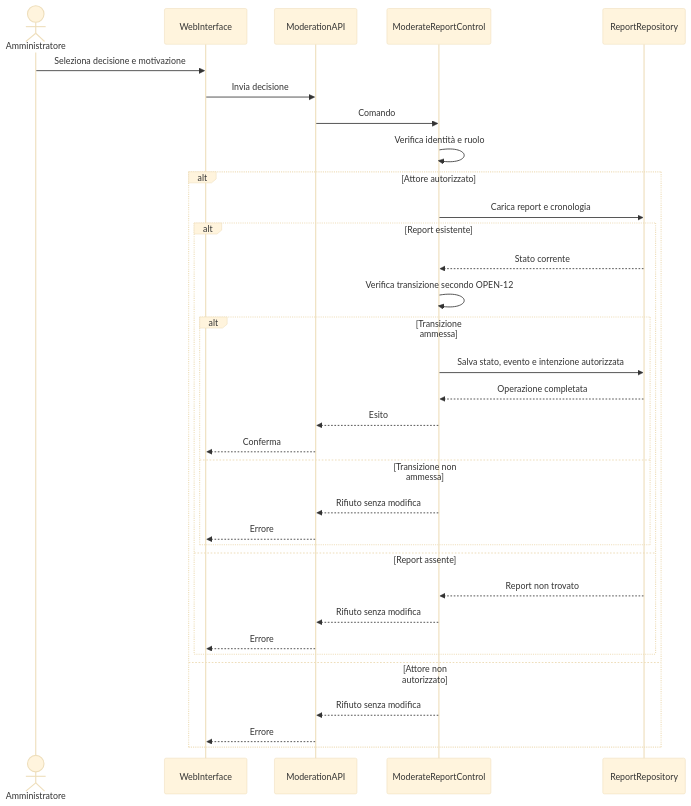
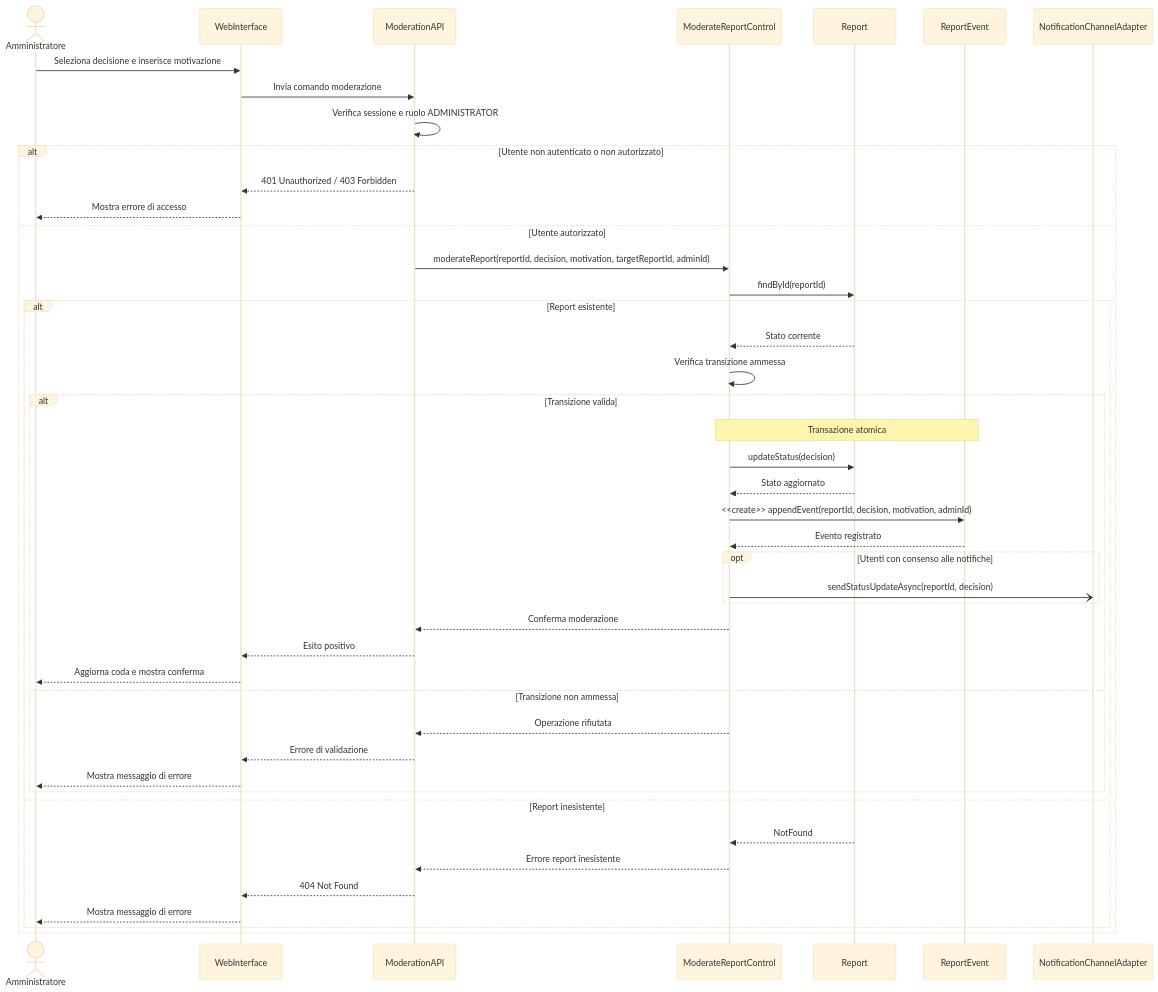
Before and after one commit to andreaplini/aegis: the seventh of 10 diagrams in docs/RAD.md, drawn with Mermaid (base theme). The commit also changed other lines of this file, not shown here.

````diff
--- a/docs/RAD.md
+++ b/docs/RAD.md
@@ -563,36 +651,46 @@
 ```mermaid
 sequenceDiagram
-  accDescr: La moderazione registra transizione, evento e intenzione di notifica autorizzata in modo atomico. Un worker invia la notifica dopo il commit e registra gli esiti.
   actor A as Amministratore
   participant UI as WebInterface
   participant API as ModerationAPI
   participant UC as ModerateReportControl
-  participant Repo as ReportRepository
-  A->>UI: Seleziona decisione e motivazione
-  UI->>API: Invia decisione
-  API->>UC: Comando
-  UC->>UC: Verifica identità e ruolo
-  alt Attore autorizzato
-    UC->>Repo: Carica report e cronologia
+  participant R as Report
+  participant E as ReportEvent
+  participant N as NotificationChannelAdapter
+  A->>UI: Seleziona decisione e inserisce motivazione
+  UI->>API: Invia comando moderazione
+  API->>API: Verifica sessione e ruolo ADMINISTRATOR
+  alt Utente non autenticato o non autorizzato
+    API-->>UI: 401 Unauthorized / 403 Forbidden
+    UI-->>A: Mostra errore di accesso
+  else Utente autorizzato
+    API->>UC: moderateReport(reportId, decision, motivation, targetReportId, adminId)
+    UC->>R: findById(reportId)
     alt Report esistente
-      Repo-->>UC: Stato corrente
-      UC->>UC: Verifica transizione secondo OPEN-12
-      alt Transizione ammessa
-        UC->>Repo: Salva stato, evento e intenzione autorizzata
-        Repo-->>UC: Operazione completata
-        UC-->>API: Esito
-        API-->>UI: Conferma
+      R-->>UC: Stato corrente
+      UC->>UC: Verifica transizione ammessa
+      alt Transizione valida
+        Note over UC,E: Transazione atomica
+        UC->>R: updateStatus(decision)
+        R-->>UC: Stato aggiornato
+        UC->>E: <<create>> appendEvent(reportId, decision, motivation, adminId)
+        E-->>UC: Evento registrato
+        opt Utenti con consenso alle notifiche
+          UC-)N: sendStatusUpdateAsync(reportId, decision)
+        end
+        UC-->>API: Conferma moderazione
+        API-->>UI: Esito positivo
+        UI-->>A: Aggiorna coda e mostra conferma
       else Transizione non ammessa
-        UC-->>API: Rifiuto senza modifica
-        API-->>UI: Errore
+        UC-->>API: Operazione rifiutata
+        API-->>UI: Errore di validazione
+        UI-->>A: Mostra messaggio di errore
       end
-    else Report assente
-      Repo-->>UC: Report non trovato
-      UC-->>API: Rifiuto senza modifica
-      API-->>UI: Errore
+    else Report inesistente
+      R-->>UC: NotFound
+      UC-->>API: Errore report inesistente
+      API-->>UI: 404 Not Found
+      UI-->>A: Mostra messaggio di errore
     end
-  else Attore non autorizzato
-    UC-->>API: Rifiuto senza modifica
-    API-->>UI: Errore
   end
 ```
````
